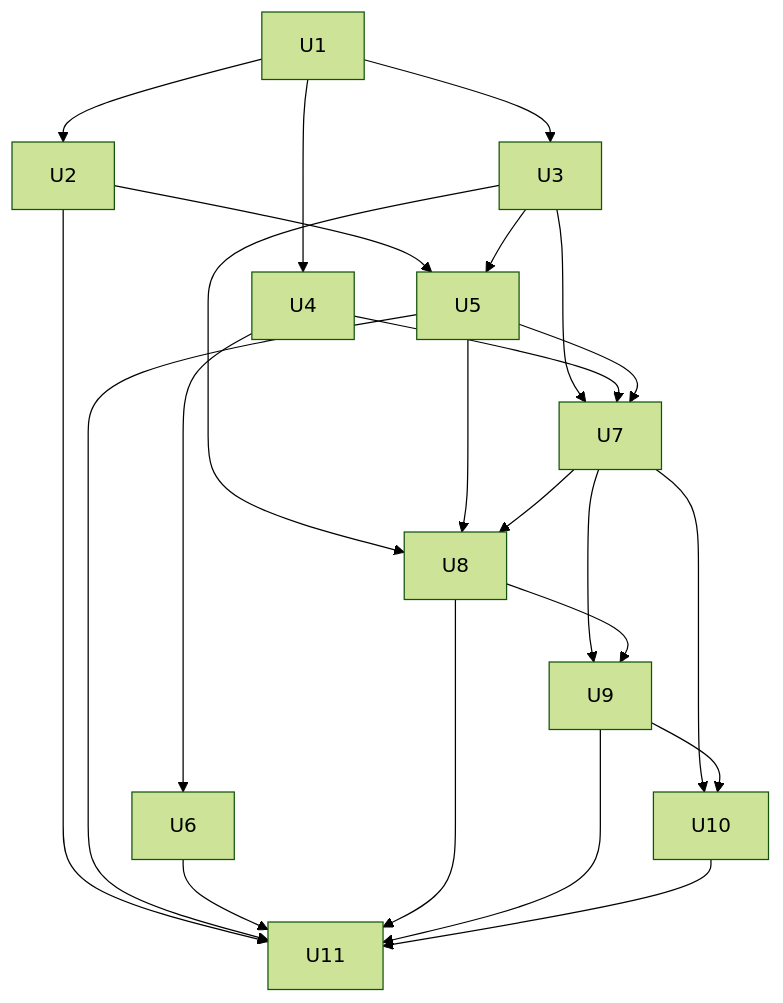
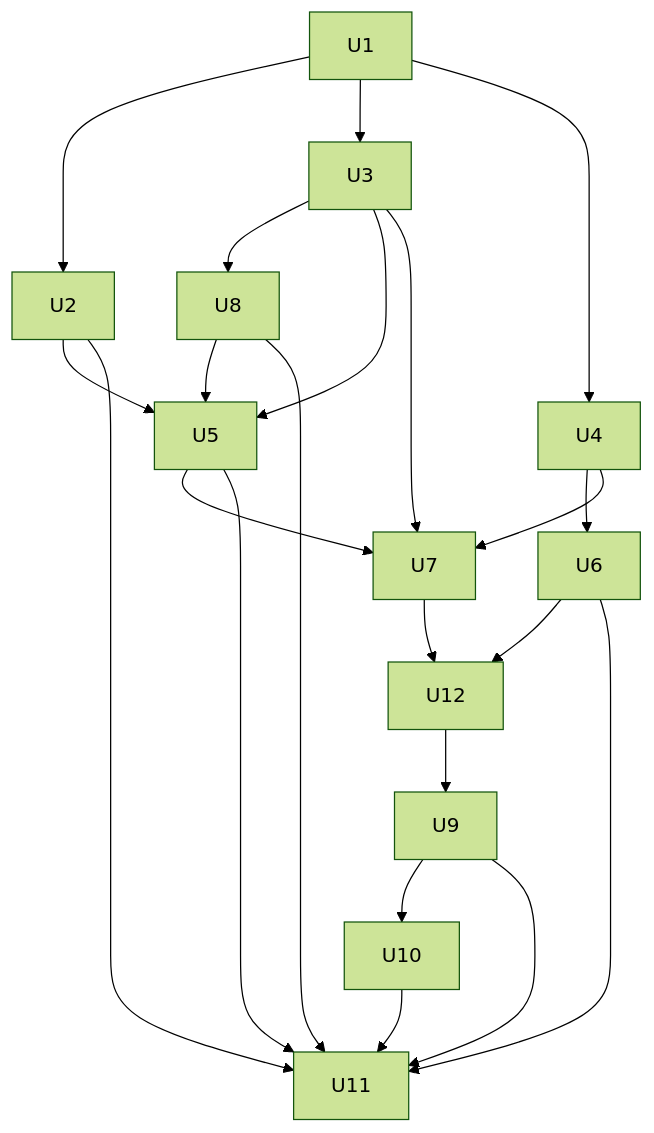
The diagram in .rea/plans/0001-production-hardening/plan.md (yadavs8/studio5-po-tracker), drawn with Mermaid (forest theme) before and after one commit. The commit also changed other lines of this file and 11 other files, not shown here.

````diff
--- a/.rea/plans/0001-production-hardening/plan.md
+++ b/.rea/plans/0001-production-hardening/plan.md
@@ -17,12 +18,11 @@
 ```mermaid
 graph TD
   U1 --> U2 & U3 & U4
-  U2 --> U5
-  U3 --> U5 & U7 & U8
-  U4 --> U6 & U7
-  U5 --> U7 & U8
-  U7 --> U8 & U9 & U10
-  U8 --> U9
-  U9 --> U10
+  U3 --> U8
+  U2 & U3 & U8 --> U5
+  U4 --> U6
+  U3 & U4 & U5 --> U7
+  U7 & U6 --> U12
+  U12 --> U9 --> U10
   U2 & U5 & U6 & U8 & U9 & U10 --> U11
 ```
````
